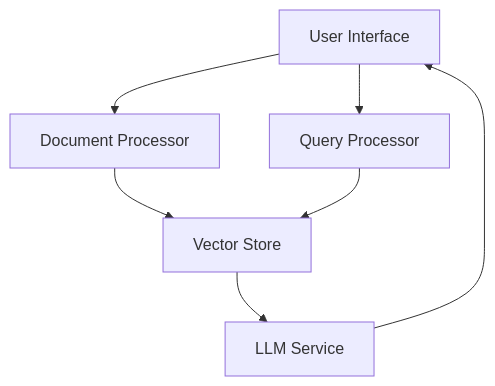
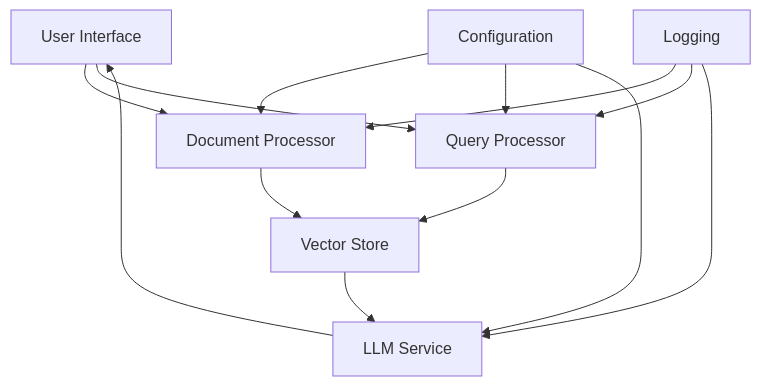
The first of 2 diagrams in documents/SYSTEM_DESIGN.md (akhilaraop/job-description-chat), drawn with Mermaid before and after one commit. The commit also changed other lines of this file and 8 other files, not shown here.

````diff
--- a/documents/SYSTEM_DESIGN.md
+++ b/documents/SYSTEM_DESIGN.md
@@ -40,9 +49,15 @@
 ```mermaid
 graph TD
     A[User Interface] --> B[Document Processor]
     A --> C[Query Processor]
     B --> D[Vector Store]
     C --> D
     D --> E[LLM Service]
     E --> A
+    F[Configuration] --> B
+    F --> C
+    F --> E
+    G[Logging] --> B
+    G --> C
+    G --> E
 ```
````
